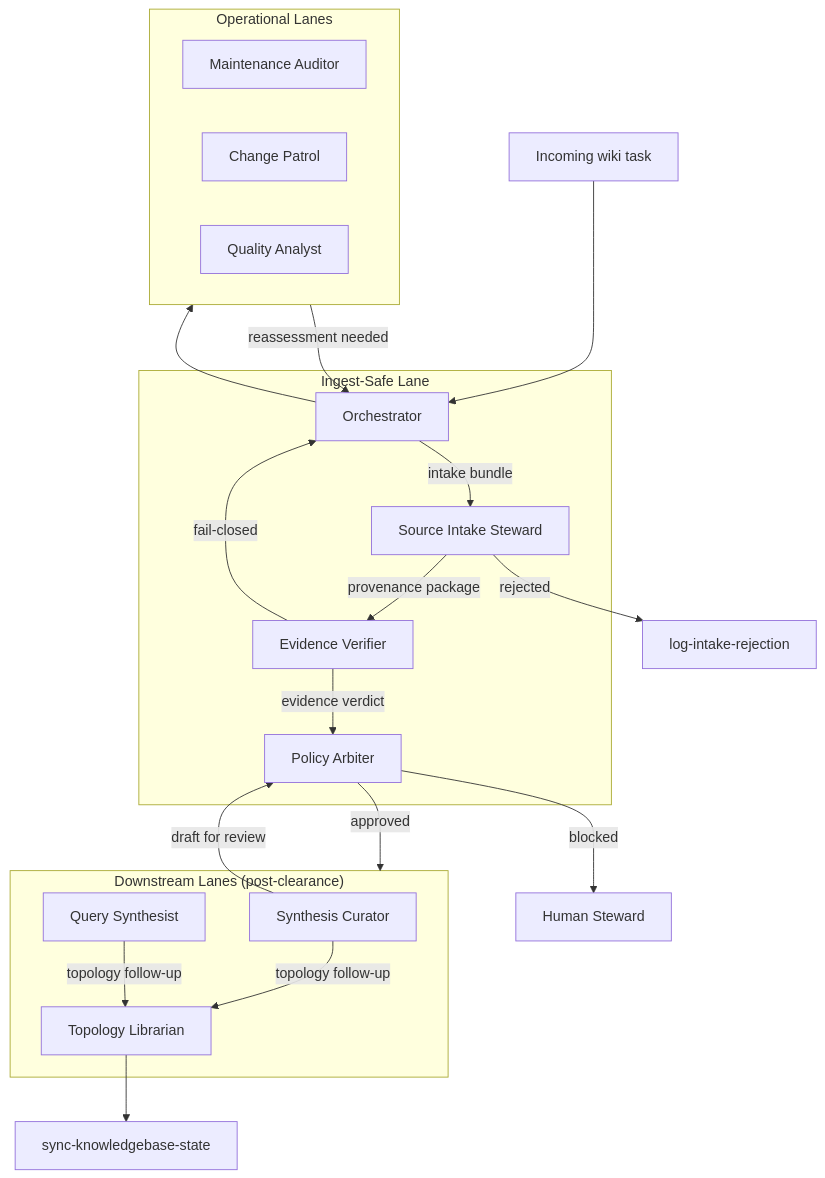
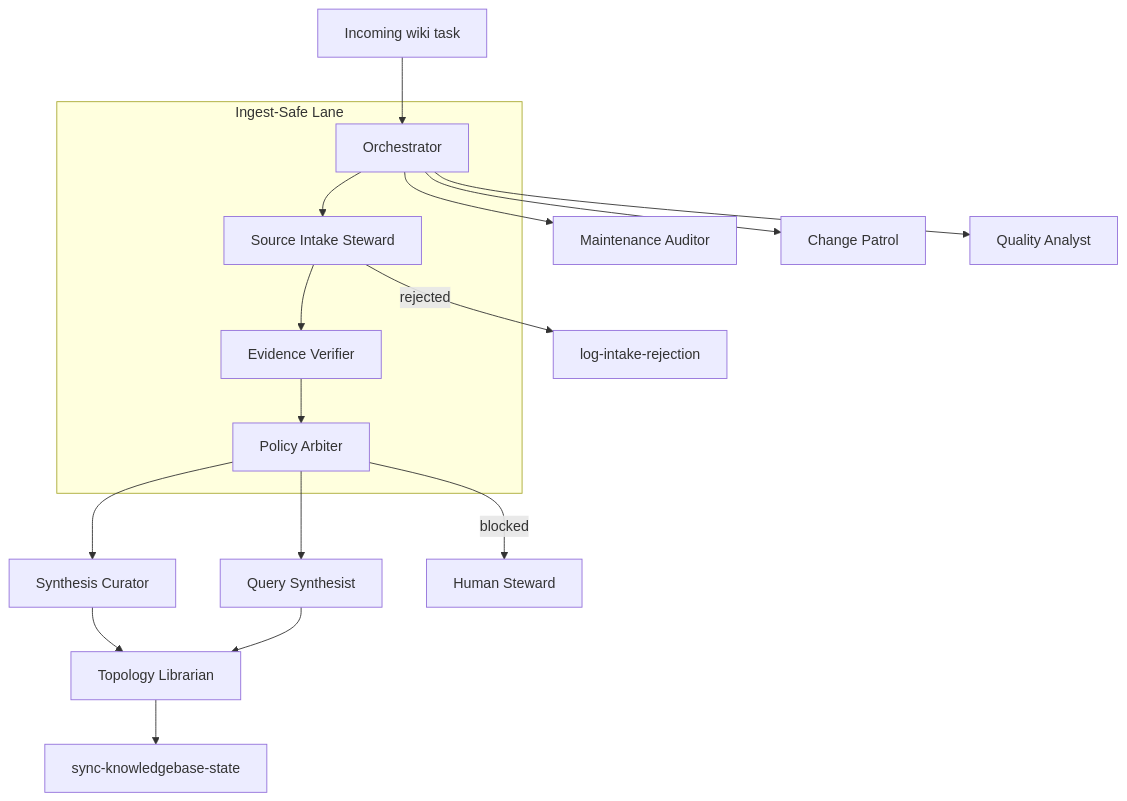
Before and after one commit to wryenmeek/knowledgebase: the diagram in .github/skills/using-agent-skills/SKILL.md, drawn with Mermaid. The commit also changed other lines of this file and 1 other file, not shown here.

Commit message:
fix: simplify agent workflow diagram for clean GitHub render
V3 redesign fixes three rendering issues found on GitHub:
- Remove parentheses from subgraph titles (truncated on render)
- Remove back-edges/cycles (inverted node layout)
- Remove multi-subgraph cross-connections (chaotic placement)
- Use single subgraph, node-to-node edges, no cycles
- Describe feedback loops in prose instead of back-arrows
- Dimensions: 1255x896 (down from 2311x1712)

Add 4 new mermaid best-practice rules to copilot-instructions:
- Avoid parentheses in subgraph titles
- Avoid back-edges in TD flowcharts
- Avoid subgraph-to-subgraph connections
- Prefer single subgraph for primary grouping

````diff
--- a/.github/skills/using-agent-skills/SKILL.md
+++ b/.github/skills/using-agent-skills/SKILL.md
@@ -78,40 +78,26 @@
 ```mermaid
 flowchart TD
     start["Incoming wiki task"] --> orch
 
     subgraph ingest ["Ingest-Safe Lane"]
         orch["Orchestrator"]
         intake["Source Intake Steward"]
         evidence["Evidence Verifier"]
         policy["Policy Arbiter"]
-
-        orch -->|"intake bundle"| intake
-        intake -->|"provenance package"| evidence
-        evidence -->|"evidence verdict"| policy
+        orch --> intake --> evidence --> policy
     end
 
-    policy -->|"approved"| downstream
+    policy --> synthesis["Synthesis Curator"]
+    policy --> query["Query Synthesist"]
+    policy -->|"blocked"| escalate["Human Steward"]
 
-    subgraph downstream ["Downstream Lanes (post-clearance)"]
-        synthesis["Synthesis Curator"]
-        query["Query Synthesist"]
-        topo["Topology Librarian"]
-    end
-
-    synthesis -->|"draft for review"| policy
-    synthesis & query -->|"topology follow-up"| topo
+    synthesis --> topo["Topology Librarian"]
+    query --> topo
     topo --> sync["sync-knowledgebase-state"]
 
-    subgraph ops ["Operational Lanes"]
-        maint["Maintenance Auditor"]
-        patrol["Change Patrol"]
-        quality["Quality Analyst"]
-    end
-
-    orch --> ops
-    ops -->|"reassessment needed"| orch
+    orch --> maint["Maintenance Auditor"]
+    orch --> patrol["Change Patrol"]
+    orch --> quality["Quality Analyst"]
 
     intake -->|"rejected"| reject["log-intake-rejection"]
-    evidence -->|"fail-closed"| orch
-    policy -->|"blocked"| escalate["Human Steward"]
 ```
````
